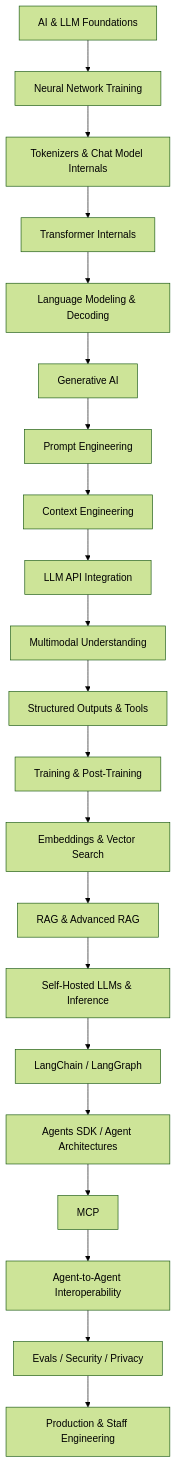
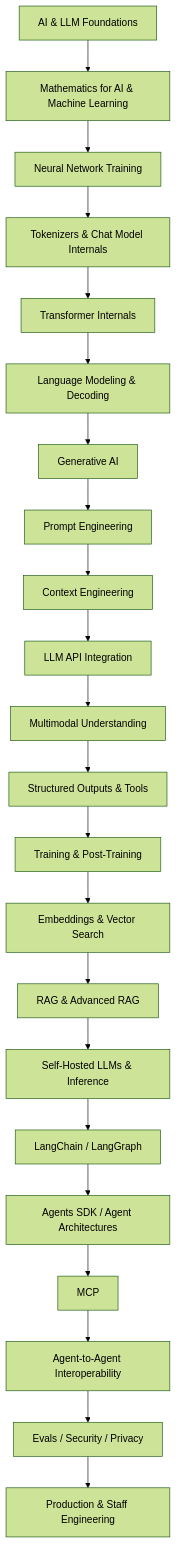
The second of 4 diagrams in docs/ai-engineering/00-start-here.md (salman0butt/handbook), drawn with Mermaid (forest theme) before and after one commit. The commit also changed other lines of this file and 11 other files, not shown here.

First line of the commit message:
docs(ai): add comprehensive mathematics for AI and machine learning (#148)

````diff
--- a/docs/ai-engineering/00-start-here.md
+++ b/docs/ai-engineering/00-start-here.md
@@ -34,23 +34,24 @@
 ```mermaid
 flowchart TD
-  F[AI & LLM Foundations] --> NN[Neural Network Training]
+  F[AI & LLM Foundations] --> MATH[Mathematics for AI & Machine Learning]
+  MATH --> NN[Neural Network Training]
   NN --> TOK[Tokenizers & Chat Model Internals]
   TOK --> TR[Transformer Internals]
   TR --> LM[Language Modeling & Decoding]
   LM --> GEN[Generative AI]
   GEN --> PROMPT[Prompt Engineering]
   PROMPT --> CONTEXT[Context Engineering]
   CONTEXT --> API[LLM API Integration]
   API --> MM[Multimodal Understanding]
   MM --> STRUCT[Structured Outputs & Tools]
   STRUCT --> TRAIN[Training & Post-Training]
   TRAIN --> EMB[Embeddings & Vector Search]
   EMB --> RAG[RAG & Advanced RAG]
   RAG --> INF[Self-Hosted LLMs & Inference]
   INF --> FW[LangChain / LangGraph]
   FW --> SDK[Agents SDK / Agent Architectures]
   SDK --> MCP[MCP]
   MCP --> INTEROP[Agent-to-Agent Interoperability]
   INTEROP --> SAFE[Evals / Security / Privacy]
   SAFE --> PROD[Production & Staff Engineering]
 ```
````
